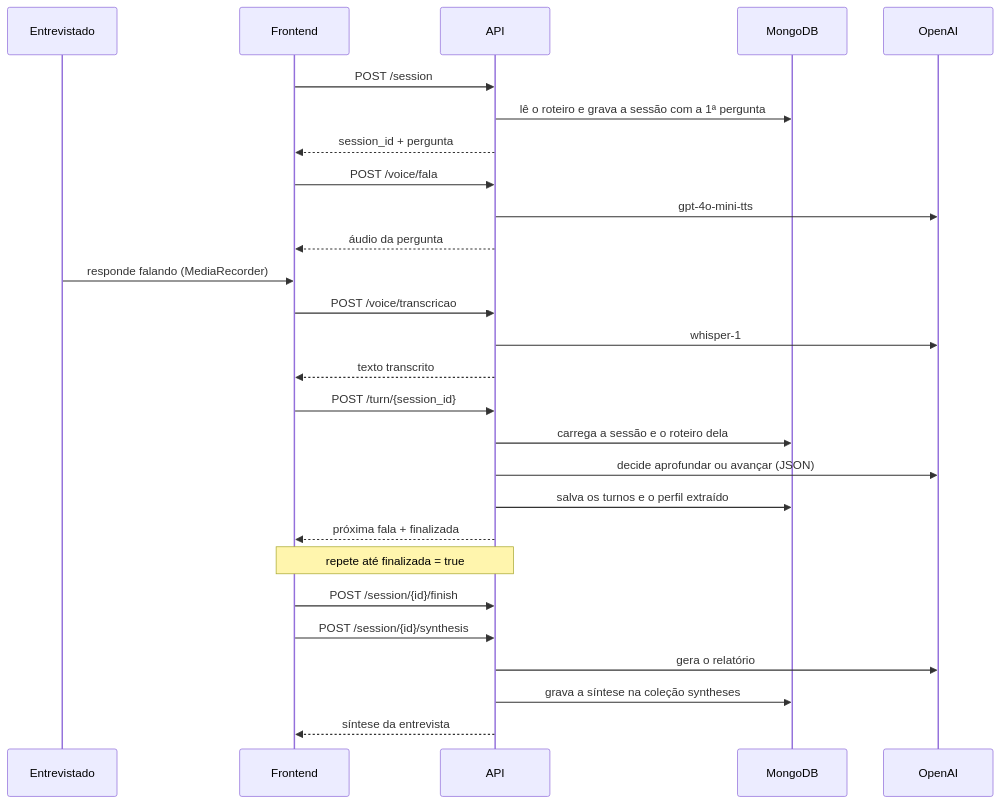
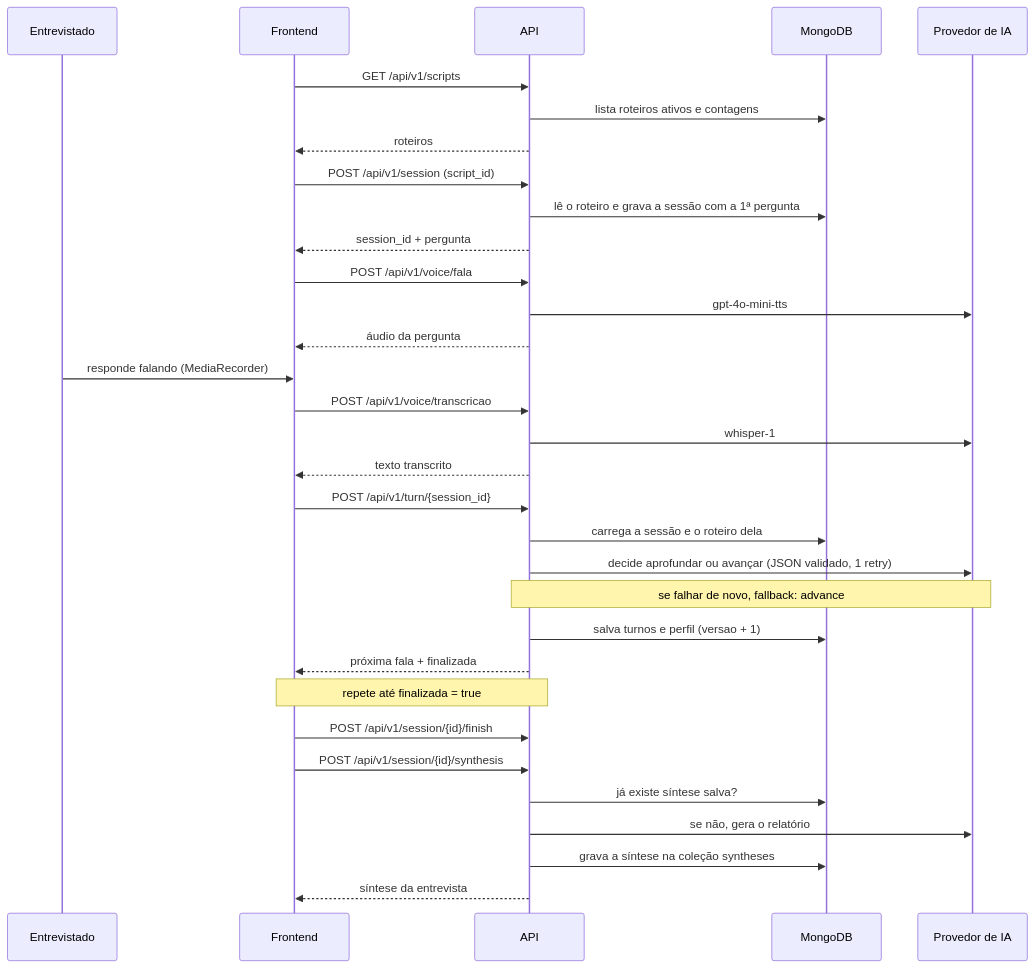
Before and after one commit to joaopaulotr/AEP-ESOFT6SA: the second of 4 diagrams in README.md, drawn with Mermaid. The commit also changed other lines of this file, not shown here.

Commit message:
docs: atualiza README com roteiros, rotas /api/v1 e telas da fase 1

````diff
--- a/README.md
+++ b/README.md
@@ -124,30 +158,35 @@
 ```mermaid
 sequenceDiagram
     participant U as Entrevistado
     participant F as Frontend
     participant A as API
     participant M as MongoDB
-    participant O as OpenAI
+    participant O as Provedor de IA
 
-    F->>A: POST /session
+    F->>A: GET /api/v1/scripts
+    A->>M: lista roteiros ativos e contagens
+    A-->>F: roteiros
+    F->>A: POST /api/v1/session (script_id)
     A->>M: lê o roteiro e grava a sessão com a 1ª pergunta
     A-->>F: session_id + pergunta
-    F->>A: POST /voice/fala
+    F->>A: POST /api/v1/voice/fala
     A->>O: gpt-4o-mini-tts
     A-->>F: áudio da pergunta
     U->>F: responde falando (MediaRecorder)
-    F->>A: POST /voice/transcricao
+    F->>A: POST /api/v1/voice/transcricao
     A->>O: whisper-1
     A-->>F: texto transcrito
-    F->>A: POST /turn/{session_id}
+    F->>A: POST /api/v1/turn/{session_id}
     A->>M: carrega a sessão e o roteiro dela
-    A->>O: decide aprofundar ou avançar (JSON)
-    A->>M: salva os turnos e o perfil extraído
+    A->>O: decide aprofundar ou avançar (JSON validado, 1 retry)
+    Note over A,O: se falhar de novo, fallback: advance
+    A->>M: salva turnos e perfil (versao + 1)
     A-->>F: próxima fala + finalizada
     Note over F,A: repete até finalizada = true
-    F->>A: POST /session/{id}/finish
-    F->>A: POST /session/{id}/synthesis
-    A->>O: gera o relatório
+    F->>A: POST /api/v1/session/{id}/finish
+    F->>A: POST /api/v1/session/{id}/synthesis
+    A->>M: já existe síntese salva?
+    A->>O: se não, gera o relatório
     A->>M: grava a síntese na coleção syntheses
     A-->>F: síntese da entrevista
 ```
````
